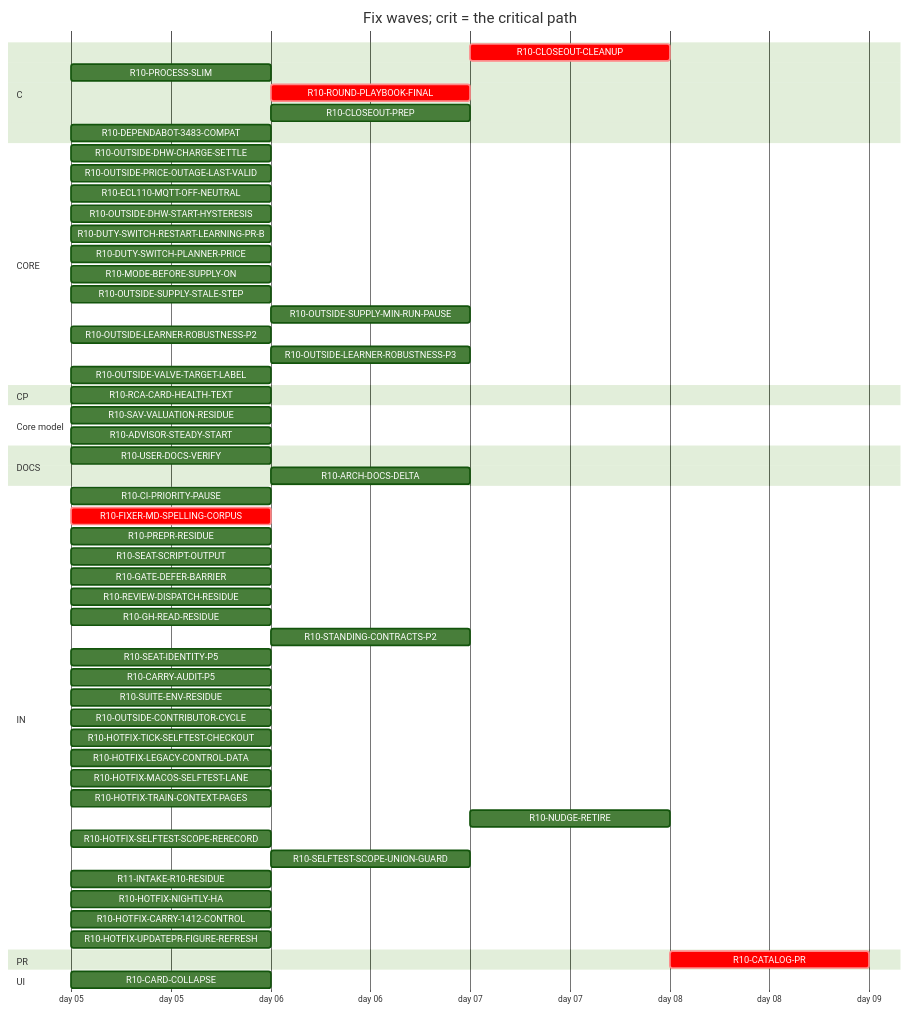
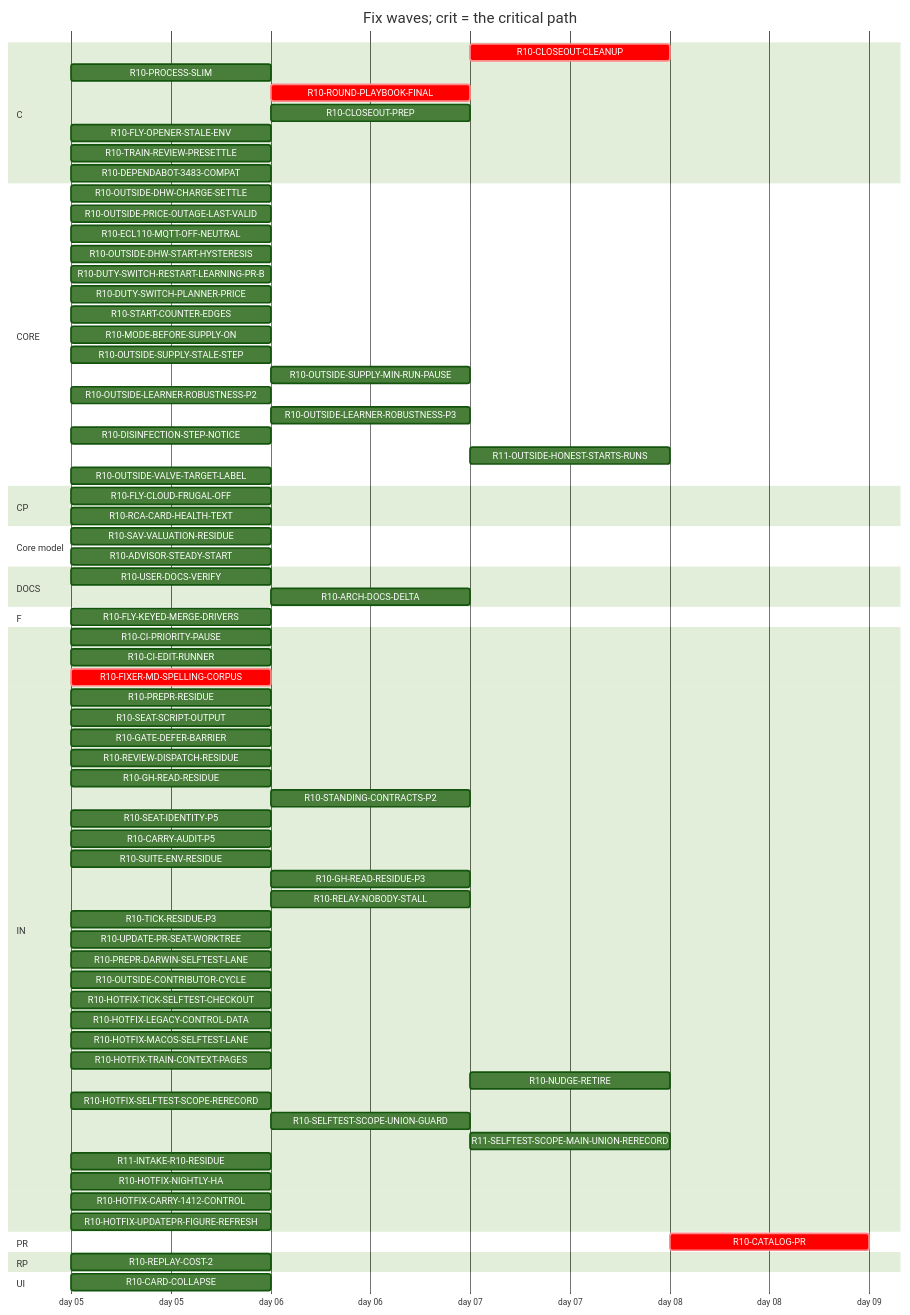
One commit to tvofi/heatpump_optimizer changed the diagram in handoff/round10/state/PLAN-TABLE.md. Above: the diagram before and after it, drawn with Mermaid (forest theme). The commit also changed other lines of this file and 3 other files, not shown here.

Commit message:
state: FLOW-BOARD.md, NEXT-SESSION-PROMPT.md, PLAN-TABLE.md, RESUME-CURRENT.md regenerated (state_docs.py)

````diff
--- a/handoff/round10/state/PLAN-TABLE.md
+++ b/handoff/round10/state/PLAN-TABLE.md
@@ -21,61 +23,78 @@
 ```mermaid
 gantt
   title Fix waves; crit = the critical path
   dateFormat YYYY-MM-DD
   axisFormat day %d
   section C
     R10-CLOSEOUT-CLEANUP :crit, r10CLOSEOUTCLEANUP, after r10USERDOCSVERIFY r10ROUNDPLAYBOOKFINAL r10CLOSEOUTPREP r10ARCHDOCSDELTA, 1d
     R10-PROCESS-SLIM :r10PROCESSSLIM, 2026-01-05, 1d
     R10-ROUND-PLAYBOOK-FINAL :crit, r10ROUNDPLAYBOOKFINAL, after r10FIXERMDSPELLINGCORPUS, 1d
     R10-CLOSEOUT-PREP :r10CLOSEOUTPREP, after r10FIXERMDSPELLINGCORPUS, 1d
+    R10-FLY-OPENER-STALE-ENV :r10FLYOPENERSTALEENV, 2026-01-05, 1d
+    R10-TRAIN-REVIEW-PRESETTLE :r10TRAINREVIEWPRESETTLE, 2026-01-05, 1d
     R10-DEPENDABOT-3483-COMPAT :r10DEPENDABOT3483COMPAT, 2026-01-05, 1d
   section CORE
     R10-OUTSIDE-DHW-CHARGE-SETTLE :r10OUTSIDEDHWCHARGESETTLE, 2026-01-05, 1d
     R10-OUTSIDE-PRICE-OUTAGE-LAST-VALID :r10OUTSIDEPRICEOUTAGELASTVALID, 2026-01-05, 1d
     R10-ECL110-MQTT-OFF-NEUTRAL :r10ECL110MQTTOFFNEUTRAL, 2026-01-05, 1d
     R10-OUTSIDE-DHW-START-HYSTERESIS :r10OUTSIDEDHWSTARTHYSTERESIS, 2026-01-05, 1d
     R10-DUTY-SWITCH-RESTART-LEARNING-PR-B :r10DUTYSWITCHRESTARTLEARNINGPRB, 2026-01-05, 1d
     R10-DUTY-SWITCH-PLANNER-PRICE :r10DUTYSWITCHPLANNERPRICE, 2026-01-05, 1d
+    R10-START-COUNTER-EDGES :r10STARTCOUNTEREDGES, 2026-01-05, 1d
     R10-MODE-BEFORE-SUPPLY-ON :r10MODEBEFORESUPPLYON, 2026-01-05, 1d
     R10-OUTSIDE-SUPPLY-STALE-STEP :r10OUTSIDESUPPLYSTALESTEP, 2026-01-05, 1d
     R10-OUTSIDE-SUPPLY-MIN-RUN-PAUSE :r10OUTSIDESUPPLYMINRUNPAUSE, after r10OUTSIDESUPPLYSTALESTEP, 1d
     R10-OUTSIDE-LEARNER-ROBUSTNESS-P2 :r10OUTSIDELEARNERROBUSTNESSP2, 2026-01-05, 1d
     R10-OUTSIDE-LEARNER-ROBUSTNESS-P3 :r10OUTSIDELEARNERROBUSTNESSP3, after r10OUTSIDELEARNERROBUSTNESSP2, 1d
+    R10-DISINFECTION-STEP-NOTICE :r10DISINFECTIONSTEPNOTICE, 2026-01-05, 1d
+    R11-OUTSIDE-HONEST-STARTS-RUNS :r11OUTSIDEHONESTSTARTSRUNS, after r10DUTYSWITCHPLANNERPRICE r10OUTSIDEDHWSTARTHYSTERESIS r10OUTSIDESUPPLYMINRUNPAUSE r10ADVISORSTEADYSTART, 1d
     R10-OUTSIDE-VALVE-TARGET-LABEL :r10OUTSIDEVALVETARGETLABEL, 2026-01-05, 1d
   section CP
+    R10-FLY-CLOUD-FRUGAL-OFF :r10FLYCLOUDFRUGALOFF, 2026-01-05, 1d
     R10-RCA-CARD-HEALTH-TEXT :r10RCACARDHEALTHTEXT, 2026-01-05, 1d
   section Core model
     R10-SAV-VALUATION-RESIDUE :r10SAVVALUATIONRESIDUE, 2026-01-05, 1d
     R10-ADVISOR-STEADY-START :r10ADVISORSTEADYSTART, 2026-01-05, 1d
   section DOCS
     R10-USER-DOCS-VERIFY :r10USERDOCSVERIFY, 2026-01-05, 1d
     R10-ARCH-DOCS-DELTA :r10ARCHDOCSDELTA, after r10SAVVALUATIONRESIDUE r10ADVISORSTEADYSTART r10PROCESSSLIM, 1d
+  section F
+    R10-FLY-KEYED-MERGE-DRIVERS :r10FLYKEYEDMERGEDRIVERS, 2026-01-05, 1d
   section IN
     R10-CI-PRIORITY-PAUSE :r10CIPRIORITYPAUSE, 2026-01-05, 1d
+    R10-CI-EDIT-RUNNER :r10CIEDITRUNNER, 2026-01-05, 1d
     R10-FIXER-MD-SPELLING-CORPUS :crit, r10FIXERMDSPELLINGCORPUS, 2026-01-05, 1d
     R10-PREPR-RESIDUE :r10PREPRRESIDUE, 2026-01-05, 1d
     R10-SEAT-SCRIPT-OUTPUT :r10SEATSCRIPTOUTPUT, 2026-01-05, 1d
     R10-GATE-DEFER-BARRIER :r10GATEDEFERBARRIER, 2026-01-05, 1d
     R10-REVIEW-DISPATCH-RESIDUE :r10REVIEWDISPATCHRESIDUE, 2026-01-05, 1d
     R10-GH-READ-RESIDUE :r10GHREADRESIDUE, 2026-01-05, 1d
     R10-STANDING-CONTRACTS-P2 :r10STANDINGCONTRACTSP2, after r10FIXERMDSPELLINGCORPUS, 1d
     R10-SEAT-IDENTITY-P5 :r10SEATIDENTITYP5, 2026-01-05, 1d
     R10-CARRY-AUDIT-P5 :r10CARRYAUDITP5, 2026-01-05, 1d
     R10-SUITE-ENV-RESIDUE :r10SUITEENVRESIDUE, 2026-01-05, 1d
+    R10-GH-READ-RESIDUE-P3 :r10GHREADRESIDUEP3, after r10GHREADRESIDUE, 1d
+    R10-RELAY-NOBODY-STALL :r10RELAYNOBODYSTALL, after r10REVIEWDISPATCHRESIDUE, 1d
+    R10-TICK-RESIDUE-P3 :r10TICKRESIDUEP3, 2026-01-05, 1d
+    R10-UPDATE-PR-SEAT-WORKTREE :r10UPDATEPRSEATWORKTREE, 2026-01-05, 1d
+    R10-PREPR-DARWIN-SELFTEST-LANE :r10PREPRDARWINSELFTESTLANE, 2026-01-05, 1d
     R10-OUTSIDE-CONTRIBUTOR-CYCLE :r10OUTSIDECONTRIBUTORCYCLE, 2026-01-05, 1d
     R10-HOTFIX-TICK-SELFTEST-CHECKOUT :r10HOTFIXTICKSELFTESTCHECKOUT, 2026-01-05, 1d
     R10-HOTFIX-LEGACY-CONTROL-DATA :r10HOTFIXLEGACYCONTROLDATA, 2026-01-05, 1d
     R10-HOTFIX-MACOS-SELFTEST-LANE :r10HOTFIXMACOSSELFTESTLANE, 2026-01-05, 1d
     R10-HOTFIX-TRAIN-CONTEXT-PAGES :r10HOTFIXTRAINCONTEXTPAGES, 2026-01-05, 1d
     R10-NUDGE-RETIRE :r10NUDGERETIRE, after r10ROUNDPLAYBOOKFINAL, 1d
     R10-HOTFIX-SELFTEST-SCOPE-RERECORD :r10HOTFIXSELFTESTSCOPERERECORD, 2026-01-05, 1d
     R10-SELFTEST-SCOPE-UNION-GUARD :r10SELFTESTSCOPEUNIONGUARD, after r10HOTFIXSELFTESTSCOPERERECORD, 1d
+    R11-SELFTEST-SCOPE-MAIN-UNION-RERECORD :r11SELFTESTSCOPEMAINUNIONRERECORD, after r10SELFTESTSCOPEUNIONGUARD, 1d
     R11-INTAKE-R10-RESIDUE :r11INTAKER10RESIDUE, 2026-01-05, 1d
     R10-HOTFIX-NIGHTLY-HA :r10HOTFIXNIGHTLYHA, 2026-01-05, 1d
     R10-HOTFIX-CARRY-1412-CONTROL :r10HOTFIXCARRY1412CONTROL, 2026-01-05, 1d
     R10-HOTFIX-UPDATEPR-FIGURE-REFRESH :r10HOTFIXUPDATEPRFIGUREREFRESH, 2026-01-05, 1d
   section PR
     R10-CATALOG-PR :crit, r10CATALOGPR, after r10USERDOCSVERIFY r10ROUNDPLAYBOOKFINAL r10CLOSEOUTCLEANUP r10CLOSEOUTPREP r10ARCHDOCSDELTA, 1d
+  section RP
+    R10-REPLAY-COST-2 :r10REPLAYCOST2, 2026-01-05, 1d
   section UI
     R10-CARD-COLLAPSE :r10CARDCOLLAPSE, 2026-01-05, 1d
 ```
````
